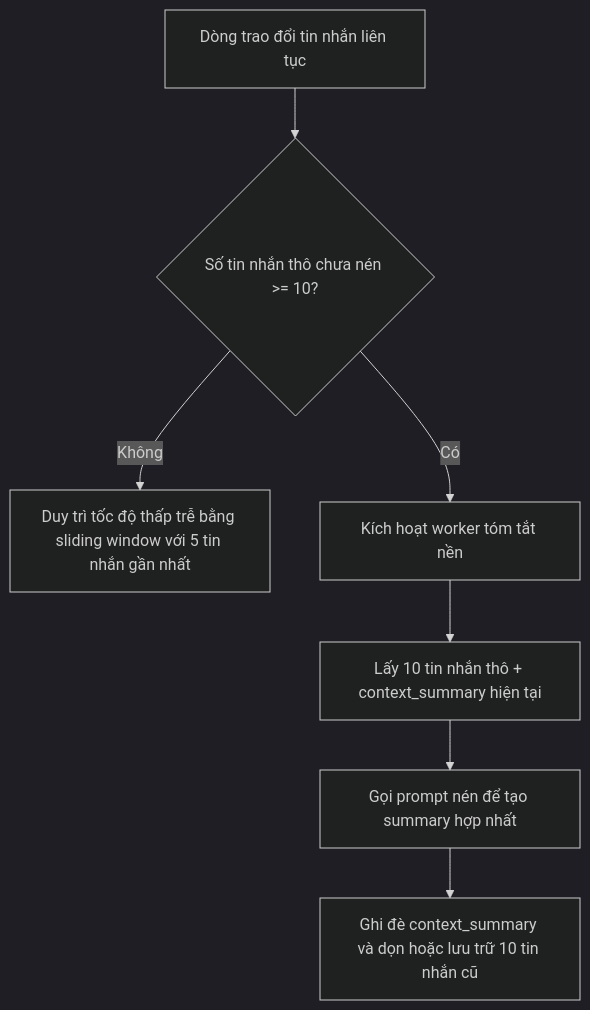
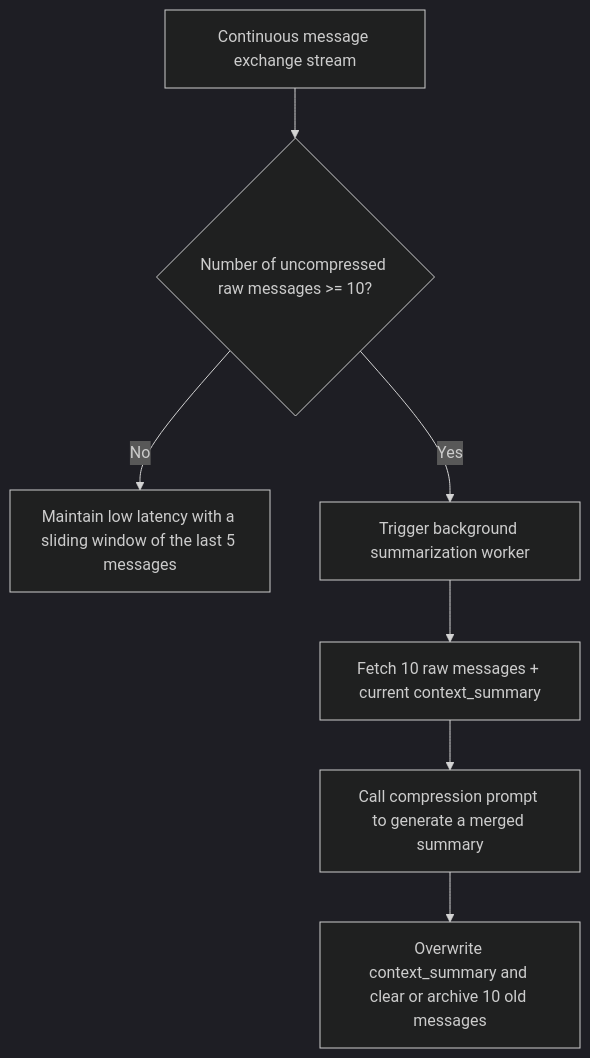
One commit to hycat-team/smart-wardrobe-be changed the diagram in docs/domain/wardrobe-decay.md. Above: the diagram before and after it, drawn with Mermaid (dark theme). The commit also changed other lines of this file and 33 other files, not shown here.

````diff
--- a/docs/domain/wardrobe-decay.md
+++ b/docs/domain/wardrobe-decay.md
@@ -7,10 +7,10 @@
 ```mermaid
 graph TD
-    A[Dòng trao đổi tin nhắn liên tục] --> B{Số tin nhắn thô chưa nén >= 10?}
-    B -- Không --> C[Duy trì tốc độ thấp trễ bằng sliding window với 5 tin nhắn gần nhất]
-    B -- Có --> D[Kích hoạt worker tóm tắt nền]
-    D --> E[Lấy 10 tin nhắn thô + context_summary hiện tại]
-    E --> F[Gọi prompt nén để tạo summary hợp nhất]
-    F --> G[Ghi đè context_summary và dọn hoặc lưu trữ 10 tin nhắn cũ]
+    A[Continuous message exchange stream] --> B{Number of uncompressed raw messages >= 10?}
+    B -- No --> C[Maintain low latency with a sliding window of the last 5 messages]
+    B -- Yes --> D[Trigger background summarization worker]
+    D --> E[Fetch 10 raw messages + current context_summary]
+    E --> F[Call compression prompt to generate a merged summary]
+    F --> G[Overwrite context_summary and clear or archive 10 old messages]
 
 ```
````
